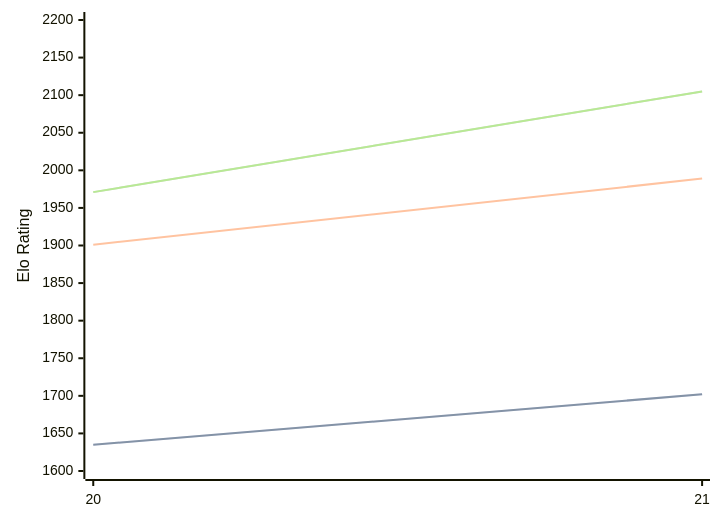
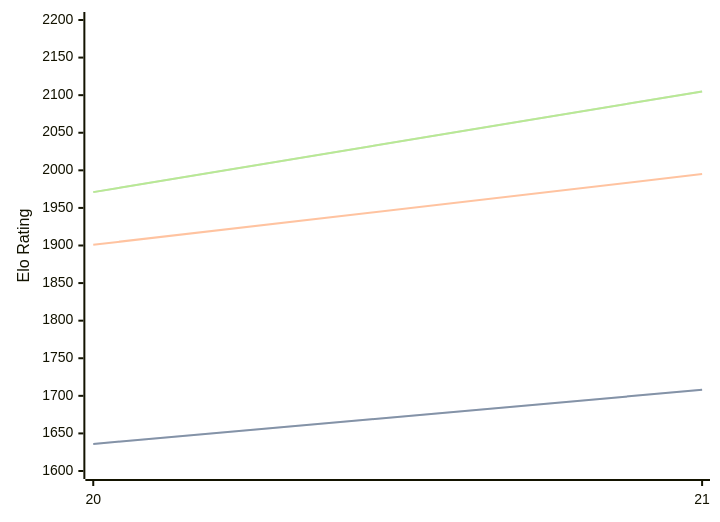
The diagram in engines/PurplePanda.md (computer-chess-index/cci), drawn with Mermaid before and after one commit. The commit also changed other lines of this file, not shown here.

````diff
--- a/engines/PurplePanda.md
+++ b/engines/PurplePanda.md
@@ -40,11 +40,11 @@
 ```mermaid
 %%{init: {"theme":"base","themeVariables":{"seriesColors:['#a3a3a3','#222221','#faa371']}}}%%
 xychart-beta
   x-axis ["20", "21"]
   y-axis "Elo Rating" 1600 --> 2200
-  line "STC (8.0+0.08s)" [1635, 1702]
-  line "STC (8.0+0.08s)" [1635, 1702]
-  line "LTC (60.0+0.60s)" [1901, 1989]
+  line "STC (8.0+0.08s)" [1636, 1708]
+  line "STC (8.0+0.08s)" [1636, 1708]
+  line "LTC (60.0+0.60s)" [1901, 1995]
   line "VLTC (2m24s+1.12s)" [1971, 2105]
   line "VLTC (2m24s+1.12s)" [1971, 2105]
 ```
````
